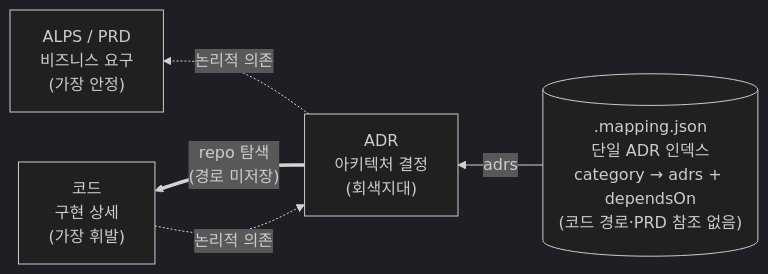
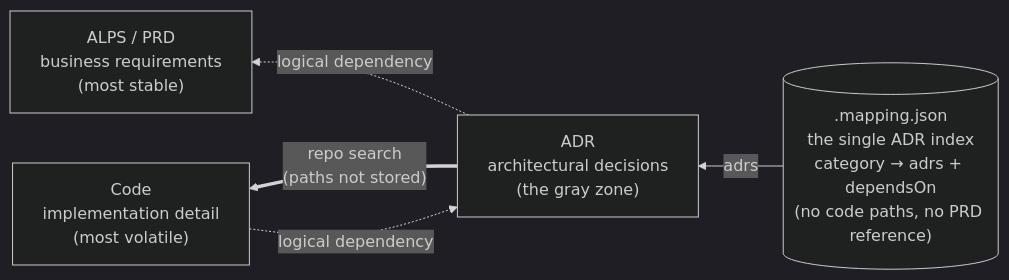
The third of 3 diagrams in docs/adr-process.md (haandol/alps-writer-mcp), drawn with Mermaid (dark theme) before and after one commit. The commit also changed other lines of this file and 40 other files, not shown here.

````diff
--- a/docs/adr-process.md
+++ b/docs/adr-process.md
@@ -121,13 +121,13 @@
 ```mermaid
 flowchart RL
-    PRD["ALPS / PRD<br/>비즈니스 요구<br/>(가장 안정)"]
-    ADR["ADR<br/>아키텍처 결정<br/>(회색지대)"]
-    Code["코드<br/>구현 상세<br/>(가장 휘발)"]
-    Mapping[(".mapping.json<br/>단일 ADR 인덱스<br/>category → adrs + dependsOn<br/>(코드 경로·PRD 참조 없음)")]
+    PRD["ALPS / PRD<br/>business requirements<br/>(most stable)"]
+    ADR["ADR<br/>architectural decisions<br/>(the gray zone)"]
+    Code["Code<br/>implementation detail<br/>(most volatile)"]
+    Mapping[(".mapping.json<br/>the single ADR index<br/>category → adrs + dependsOn<br/>(no code paths, no PRD reference)")]
 
-    Code -. 논리적 의존 .-> ADR
-    ADR -. 논리적 의존 .-> PRD
+    Code -. logical dependency .-> ADR
+    ADR -. logical dependency .-> PRD
 
     Mapping -- adrs --> ADR
-    ADR == "repo 탐색<br/>(경로 미저장)" ==> Code
+    ADR == "repo search<br/>(paths not stored)" ==> Code
 ```
````
